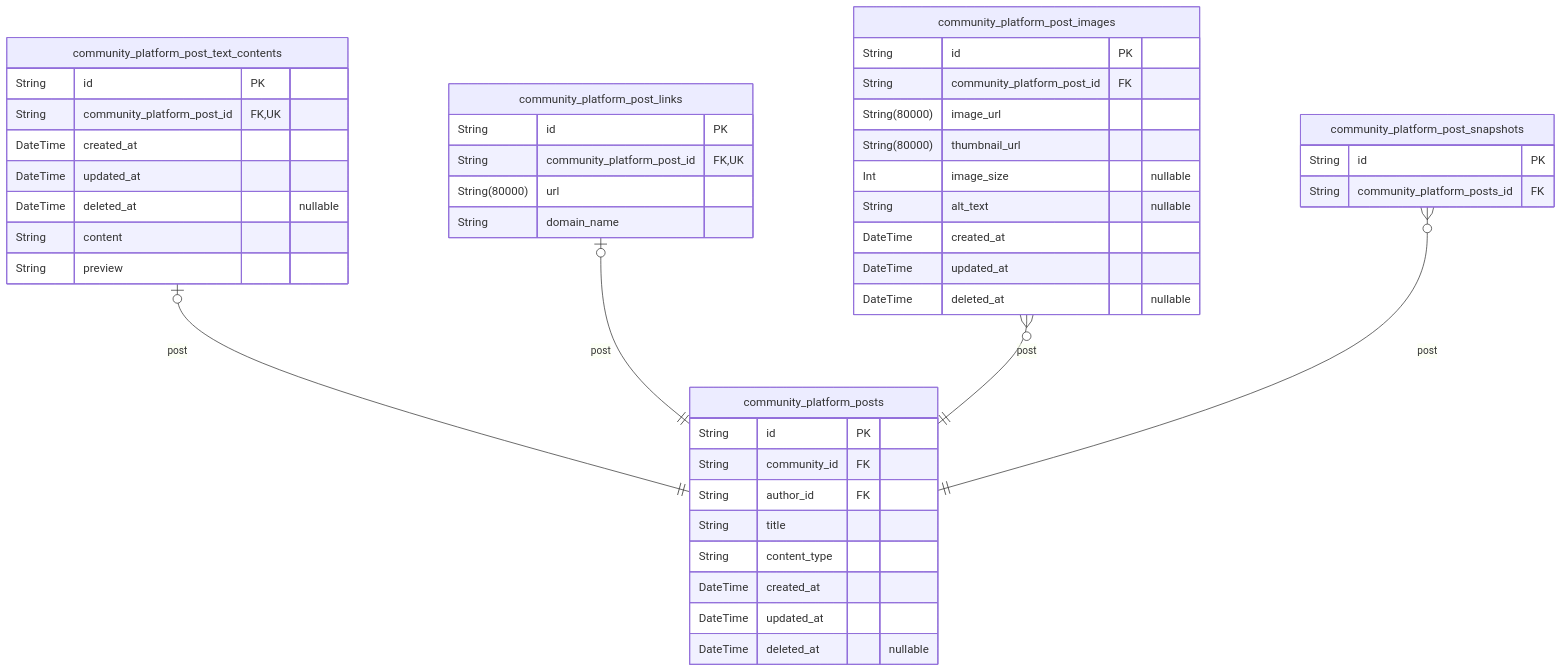
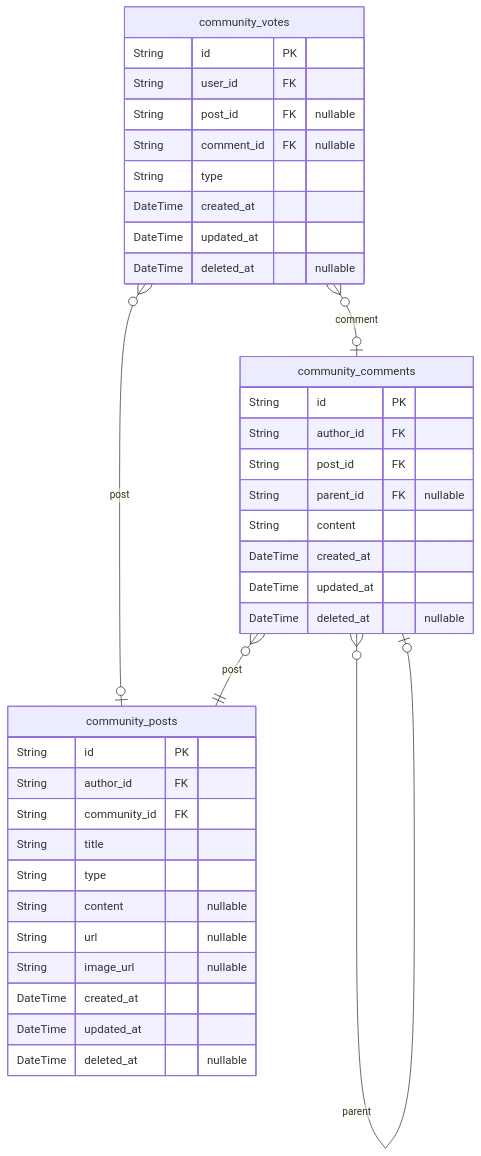
One commit to wrtnlabs/autobe-examples changed the third of 4 diagrams in qwen/qwen3-30b-a3b-thinking-2507/reddit/docs/ERD.md. Above: the diagram before and after it, drawn with Mermaid. The commit also changed other lines of this file and 3171 other files, not shown here.

````diff
--- a/qwen/qwen3-30b-a3b-thinking-2507/reddit/docs/ERD.md
+++ b/qwen/qwen3-30b-a3b-thinking-2507/reddit/docs/ERD.md
@@ -499,47 +397,40 @@
 ```mermaid
 erDiagram
-"community_platform_posts" {
+"community_posts" {
   String id PK
+  String author_id FK
   String community_id FK
-  String author_id FK
   String title
-  String content_type
+  String type
+  String content "nullable"
+  String url "nullable"
+  String image_url "nullable"
   DateTime created_at
   DateTime updated_at
   DateTime deleted_at "nullable"
 }
-"community_platform_post_text_contents" {
+"community_comments" {
   String id PK
-  String community_platform_post_id FK,UK
-  DateTime created_at
-  DateTime updated_at
-  DateTime deleted_at "nullable"
+  String author_id FK
+  String post_id FK
+  String parent_id FK "nullable"
   String content
-  String preview
-}
-"community_platform_post_links" {
-  String id PK
-  String community_platform_post_id FK,UK
-  String(80000) url
-  String domain_name
-}
-"community_platform_post_images" {
-  String id PK
-  String community_platform_post_id FK
-  String(80000) image_url
-  String(80000) thumbnail_url
-  Int image_size "nullable"
-  String alt_text "nullable"
   DateTime created_at
   DateTime updated_at
   DateTime deleted_at "nullable"
 }
-"community_platform_post_snapshots" {
+"community_votes" {
   String id PK
-  String community_platform_posts_id FK
+  String user_id FK
+  String post_id FK "nullable"
+  String comment_id FK "nullable"
+  String type
+  DateTime created_at
+  DateTime updated_at
+  DateTime deleted_at "nullable"
 }
-"community_platform_post_text_contents" |o--|| "community_platform_posts" : post
-"community_platform_post_links" |o--|| "community_platform_posts" : post
-"community_platform_post_images" }o--|| "community_platform_posts" : post
-"community_platform_post_snapshots" }o--|| "community_platform_posts" : post
+"community_comments" }o--|| "community_posts" : post
+"community_comments" }o--o| "community_comments" : parent
+"community_votes" }o--o| "community_posts" : post
+"community_votes" }o--o| "community_comments" : comment
 ```
````
